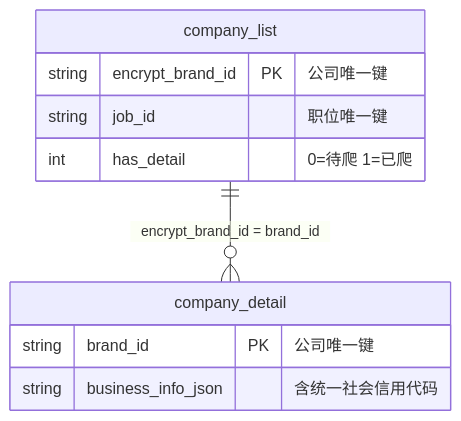
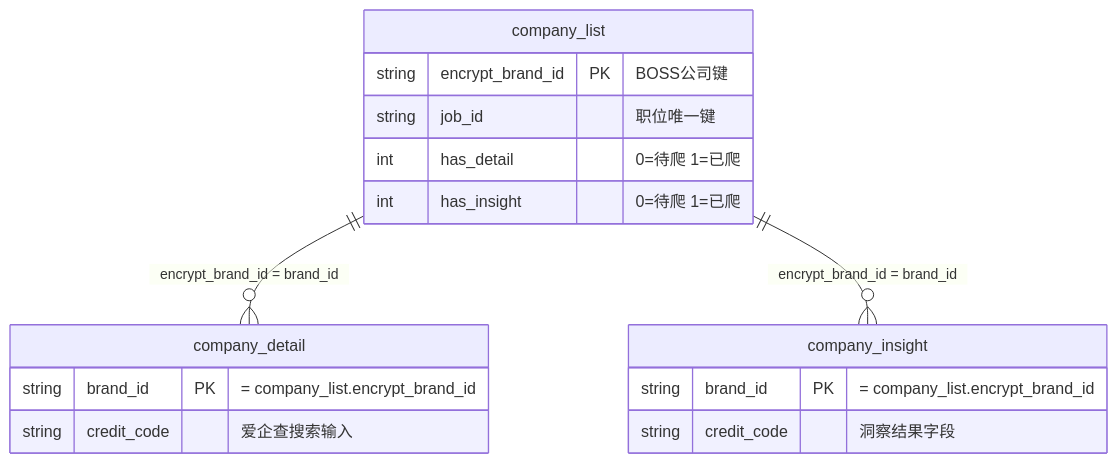
One commit to mednight4/boss-zhipin-scraper changed the third of 3 diagrams in specs/task_pipeline_state_machine.md. Above: the diagram before and after it, drawn with Mermaid. The commit also changed other lines of this file and 24 other files, not shown here.

````diff
--- a/specs/task_pipeline_state_machine.md
+++ b/specs/task_pipeline_state_machine.md
@@ -197,13 +214,19 @@
 ```mermaid
 erDiagram
     company_list ||--o{ company_detail : "encrypt_brand_id = brand_id"
+    company_list ||--o{ company_insight : "encrypt_brand_id = brand_id"
     company_list {
-        string encrypt_brand_id PK "公司唯一键"
+        string encrypt_brand_id PK "BOSS公司键"
         string job_id "职位唯一键"
         int has_detail "0=待爬 1=已爬"
+        int has_insight "0=待爬 1=已爬"
     }
     company_detail {
-        string brand_id PK "公司唯一键"
-        string business_info_json "含统一社会信用代码"
+        string brand_id PK "= company_list.encrypt_brand_id"
+        string credit_code "爱企查搜索输入"
+    }
+    company_insight {
+        string brand_id PK "= company_list.encrypt_brand_id"
+        string credit_code "洞察结果字段"
     }
 ```
````
